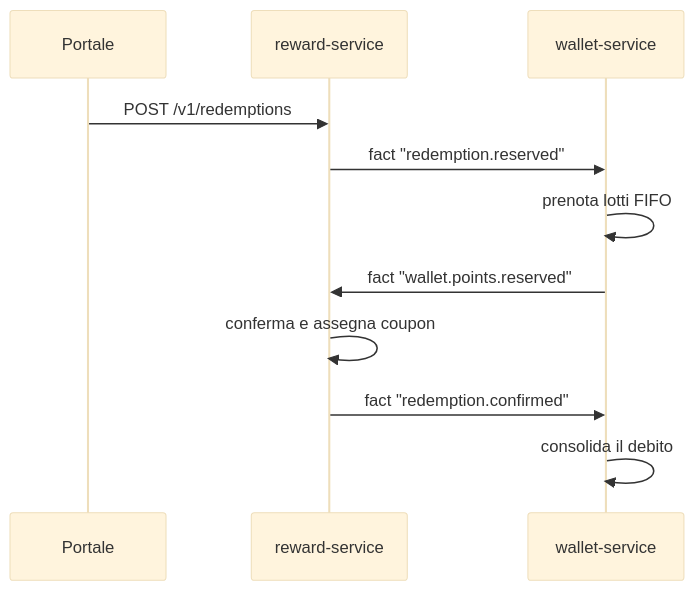
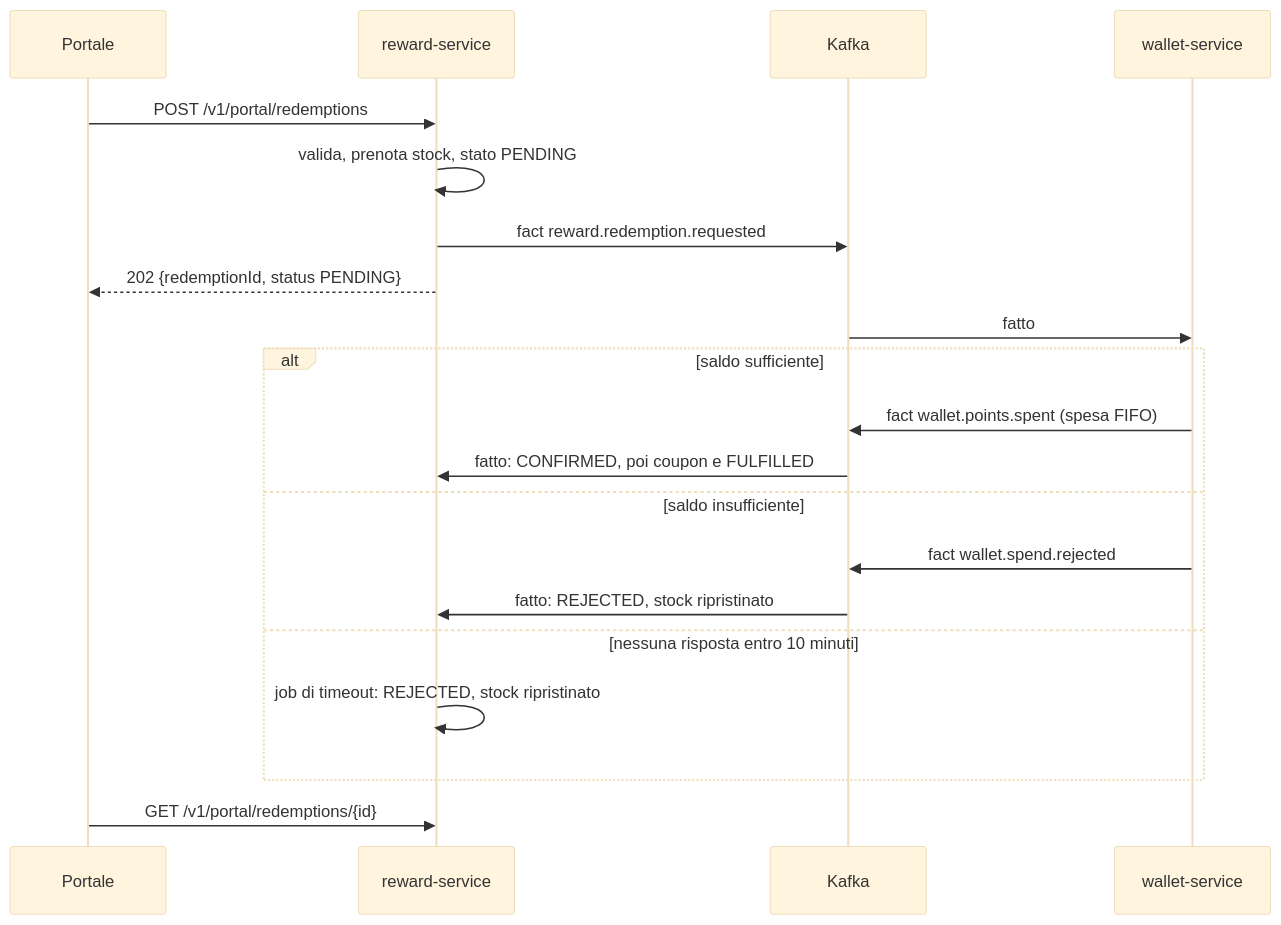
Before and after one commit to peppe-ruv/Loyalty_Sys: the first of 4 diagrams in concetti/premi-e-gioco.mdx, drawn with Mermaid (base theme). The commit also changed other lines of this file and 43 other files, not shown here.

````diff
--- a/concetti/premi-e-gioco.mdx
+++ b/concetti/premi-e-gioco.mdx
@@ -61,13 +65,24 @@
 ```mermaid
 sequenceDiagram
-  participant Portale
+  accTitle: Richiesta premio con saga coreografata
+  accDescr: Il portale chiede un premio a reward, che prenota lo stock e pubblica la richiesta; wallet spende i punti in ordine FIFO o rifiuta per saldo insufficiente; se non risponde entro 10 minuti reward rifiuta per timeout; reward conferma o rifiuta e ripristina lo stock, mentre il portale interroga lo stato.
+  participant P as Portale
   participant RWD as reward-service
+  participant K as Kafka
   participant WAL as wallet-service
-  Portale->>RWD: POST /v1/redemptions
-  RWD->>WAL: fact "redemption.reserved"
-  WAL->>WAL: prenota lotti FIFO
-  WAL->>RWD: fact "wallet.points.reserved"
-  RWD->>RWD: conferma e assegna coupon
-  RWD->>WAL: fact "redemption.confirmed"
-  WAL->>WAL: consolida il debito
+  P->>RWD: POST /v1/portal/redemptions
+  RWD->>RWD: valida, prenota stock, stato PENDING
+  RWD->>K: fact reward.redemption.requested
+  RWD-->>P: 202 {redemptionId, status PENDING}
+  K->>WAL: fatto
+  alt saldo sufficiente
+    WAL->>K: fact wallet.points.spent (spesa FIFO)
+    K->>RWD: fatto: CONFIRMED, poi coupon e FULFILLED
+  else saldo insufficiente
+    WAL->>K: fact wallet.spend.rejected
+    K->>RWD: fatto: REJECTED, stock ripristinato
+  else nessuna risposta entro 10 minuti
+    RWD->>RWD: job di timeout: REJECTED, stock ripristinato
+  end
+  P->>RWD: GET /v1/portal/redemptions/{id}
 ```
````
